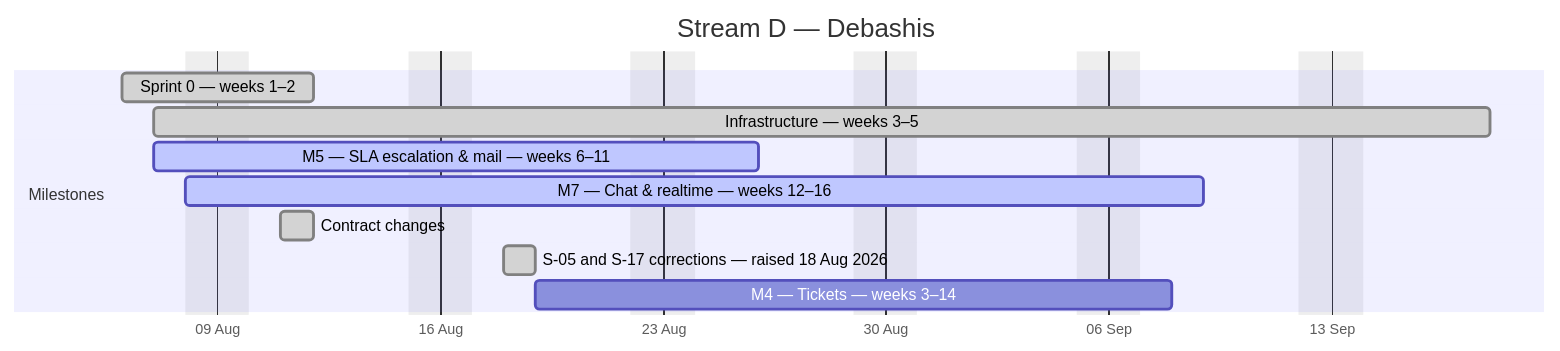
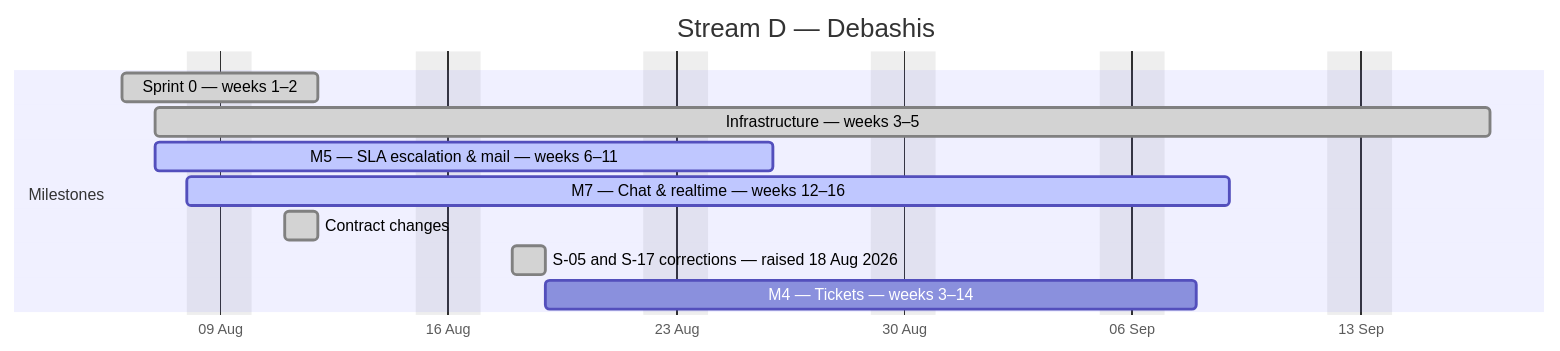
Before and after one commit to debashisedunext/EduTrack: the fourth of 4 diagrams in docs/plan/GANTT.md, drawn with Mermaid. The commit also changed other lines of this file and 3 other files, not shown here.

````diff
--- a/docs/plan/GANTT.md
+++ b/docs/plan/GANTT.md
@@ -133,15 +133,15 @@
 ```mermaid
 gantt
     dateFormat YYYY-MM-DD
     axisFormat %d %b
     title Stream D — Debashis
     excludes weekends
     section Milestones
     Sprint 0 — weeks 1–2 :done, d0, 2026-08-06, 4d
-    Infrastructure — weeks 3–5 :done, d1, 2026-08-07, 30d
+    Infrastructure — weeks 3–5 :done, d1, 2026-08-07, 29d
     M5 — SLA  escalation & mail — weeks 6–11 :active, d2, 2026-08-07, 13d
     M7 — Chat & realtime — weeks 12–16 :active, d3, 2026-08-08, 23d
     Contract changes :done, d4, 2026-08-11, 1d
     S-05 and S-17 corrections — raised 18 Aug 2026 :done, d5, 2026-08-18, 1d
     M4 — Tickets — weeks 3–14 :d6, 2026-08-19, 14d
 ```
````
